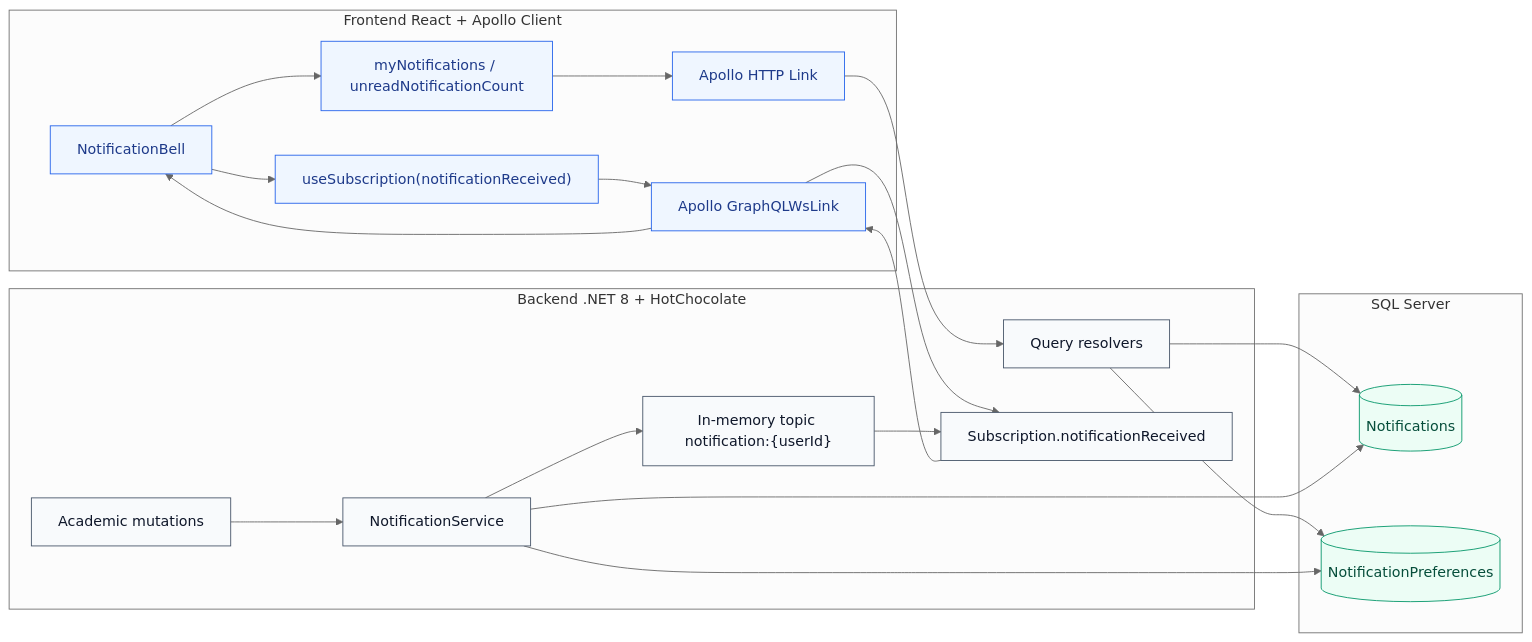
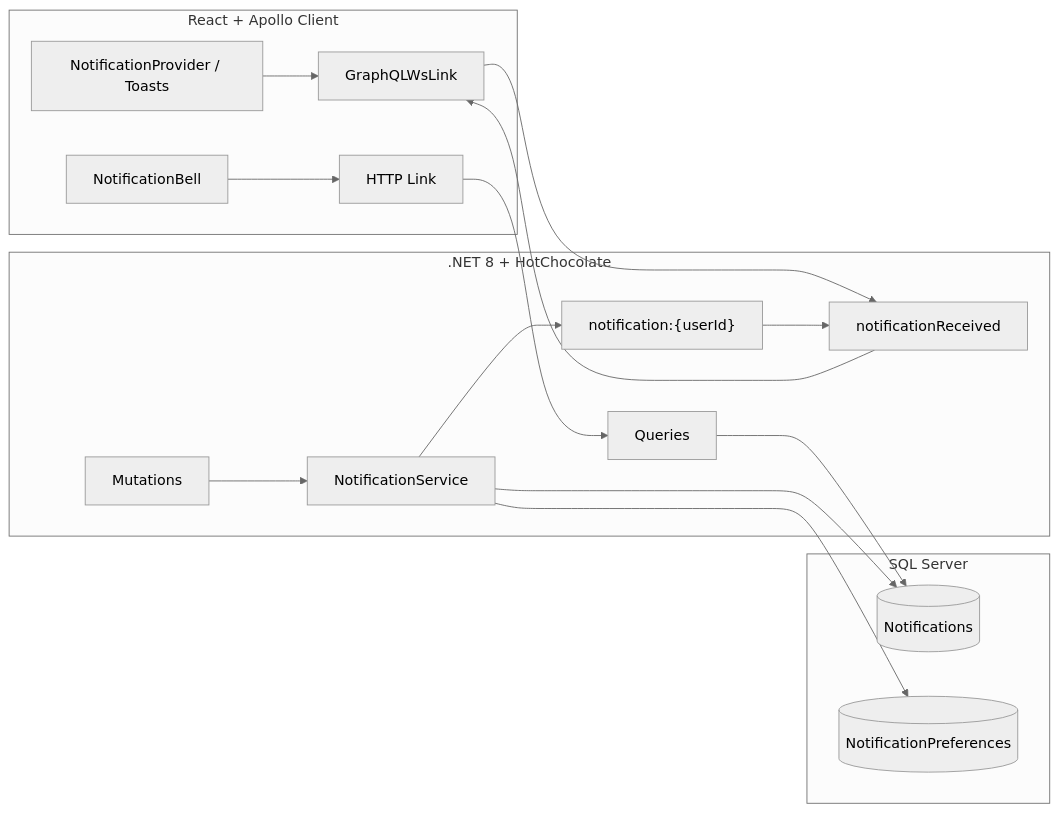
Before and after one commit to fagdiaz/OneITB: the third of 5 diagrams in docs/academic/04-design-diagrams.md, drawn with Mermaid (neutral theme). The commit also changed other lines of this file and 53 other files, not shown here.

````diff
--- a/docs/academic/04-design-diagrams.md
+++ b/docs/academic/04-design-diagrams.md
@@ -272,48 +194,34 @@
 ```mermaid
 flowchart LR
-    subgraph Frontend["Frontend React + Apollo Client"]
+    subgraph Frontend["React + Apollo Client"]
         Bell["NotificationBell"]
-        Queries["myNotifications / unreadNotificationCount"]
-        Subscription["useSubscription(notificationReceived)"]
-        HttpLink["Apollo HTTP Link"]
-        WsLink["Apollo GraphQLWsLink"]
+        Toasts["NotificationProvider / Toasts"]
+        HttpLink["HTTP Link"]
+        WsLink["GraphQLWsLink"]
     end
 
-    subgraph Backend["Backend .NET 8 + HotChocolate"]
-        QueryResolver["Query resolvers"]
-        MutationResolver["Academic mutations"]
+    subgraph Backend[".NET 8 + HotChocolate"]
+        QueryResolver["Queries"]
+        MutationResolver["Mutations"]
         NotificationService["NotificationService"]
-        SubscriptionResolver["Subscription.notificationReceived"]
-        Topic["In-memory topic notification:{userId}"]
+        SubscriptionResolver["notificationReceived"]
+        Topic["notification:{userId}"]
     end
 
     subgraph Persistence["SQL Server"]
         Notifications[(Notifications)]
         Preferences[(NotificationPreferences)]
     end
 
-    Bell --> Queries
-    Bell --> Subscription
-    Queries --> HttpLink
-    Subscription --> WsLink
+    Bell --> HttpLink
+    Toasts --> WsLink
     HttpLink --> QueryResolver
     WsLink --> SubscriptionResolver
-
     MutationResolver --> NotificationService
     QueryResolver --> Notifications
-    QueryResolver --> Preferences
     NotificationService --> Preferences
     NotificationService --> Notifications
     NotificationService --> Topic
     Topic --> SubscriptionResolver
     SubscriptionResolver --> WsLink
-    WsLink --> Bell
-
-    classDef client fill:#eff6ff,stroke:#2563eb,color:#1e3a8a
-    classDef server fill:#f8fafc,stroke:#475569,color:#0f172a
-    classDef data fill:#ecfdf5,stroke:#059669,color:#064e3b
-
-    class Bell,Queries,Subscription,HttpLink,WsLink client
-    class QueryResolver,MutationResolver,NotificationService,SubscriptionResolver,Topic server
-    class Notifications,Preferences data
 ```
````
